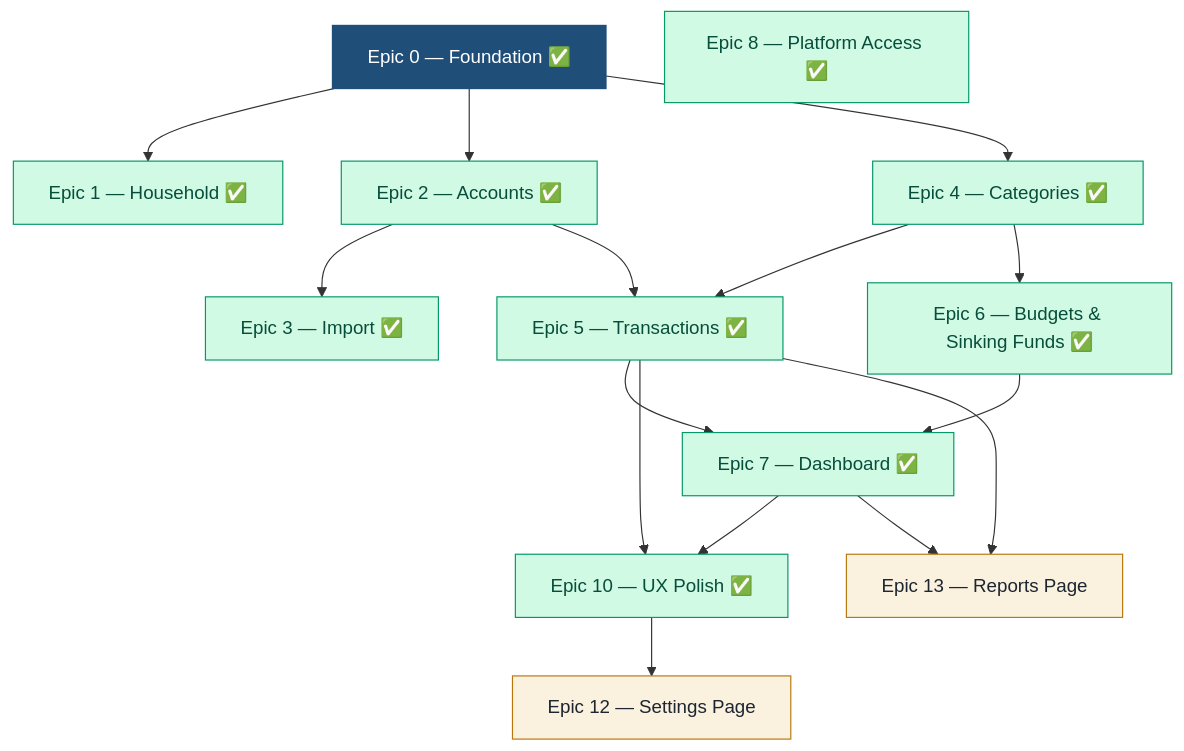
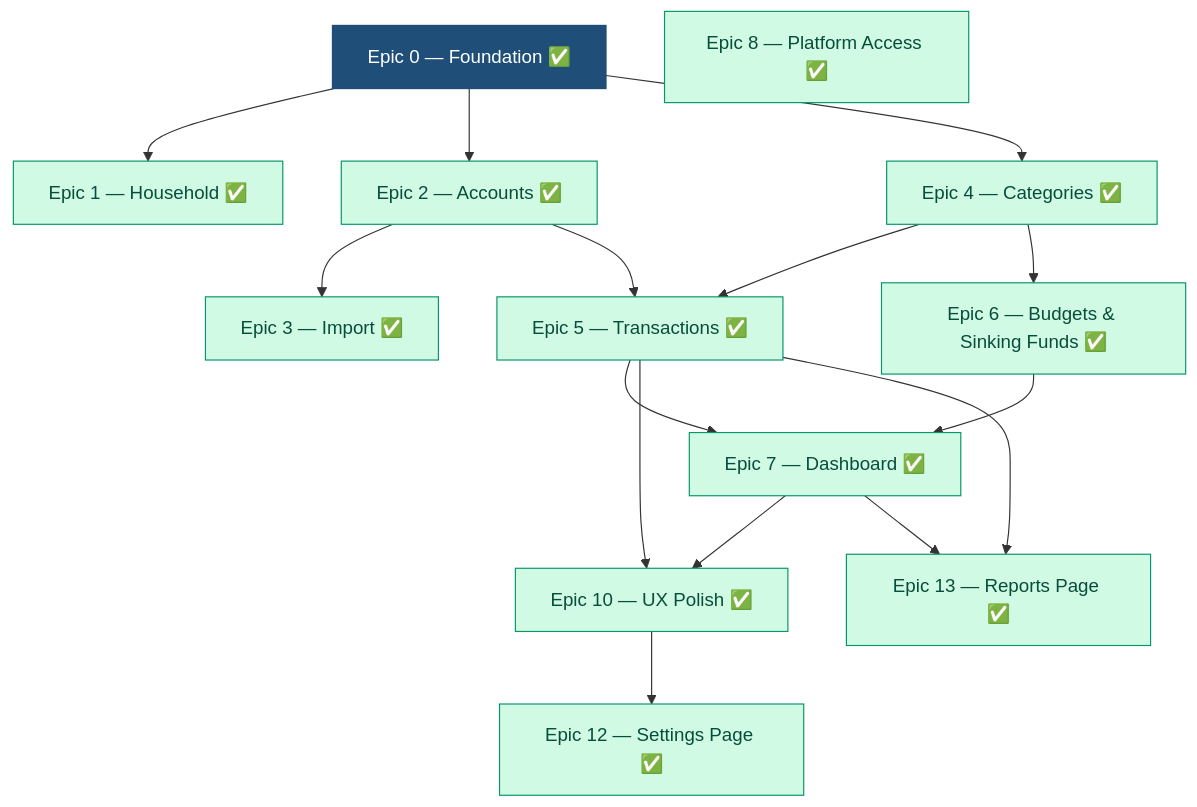
The diagram in docs/phase1-epics-and-stories.md (hkusingh/pfm), drawn with Mermaid before and after one commit. The commit also changed other lines of this file and 2 other files, not shown here.

````diff
--- a/docs/phase1-epics-and-stories.md
+++ b/docs/phase1-epics-and-stories.md
@@ -18,34 +18,34 @@
 ```mermaid
 flowchart TD
   E0[Epic 0 — Foundation ✅]:::k
   E1[Epic 1 — Household ✅]:::done
   E2[Epic 2 — Accounts ✅]:::done
   E4[Epic 4 — Categories ✅]:::done
   E3[Epic 3 — Import ✅]:::done
   E5[Epic 5 — Transactions ✅]:::done
   E6[Epic 6 — Budgets & Sinking Funds ✅]:::done
   E7[Epic 7 — Dashboard ✅]:::done
   E8[Epic 8 — Platform Access ✅]:::done
   E10[Epic 10 — UX Polish ✅]:::done
-  E12[Epic 12 — Settings Page]:::b
-  E13[Epic 13 — Reports Page]:::b
+  E12[Epic 12 — Settings Page ✅]:::done
+  E13[Epic 13 — Reports Page ✅]:::done
 
   E0 --> E1
   E0 --> E2
   E0 --> E4
   E2 --> E3
   E2 --> E5
   E4 --> E5
   E4 --> E6
   E5 --> E7
   E6 --> E7
   E7 --> E10
   E5 --> E10
   E10 --> E12
   E7 --> E13
   E5 --> E13
   classDef k fill:#1F4E79,color:#fff,stroke:#1F4E79;
   classDef done fill:#d1fae5,stroke:#059669,color:#064e3b;
   classDef b fill:#fbf1df,stroke:#B9770E,color:#1c2530;
   classDef c fill:#e6f5ec,stroke:#1F8A4C,color:#14532d;
 ```
````
